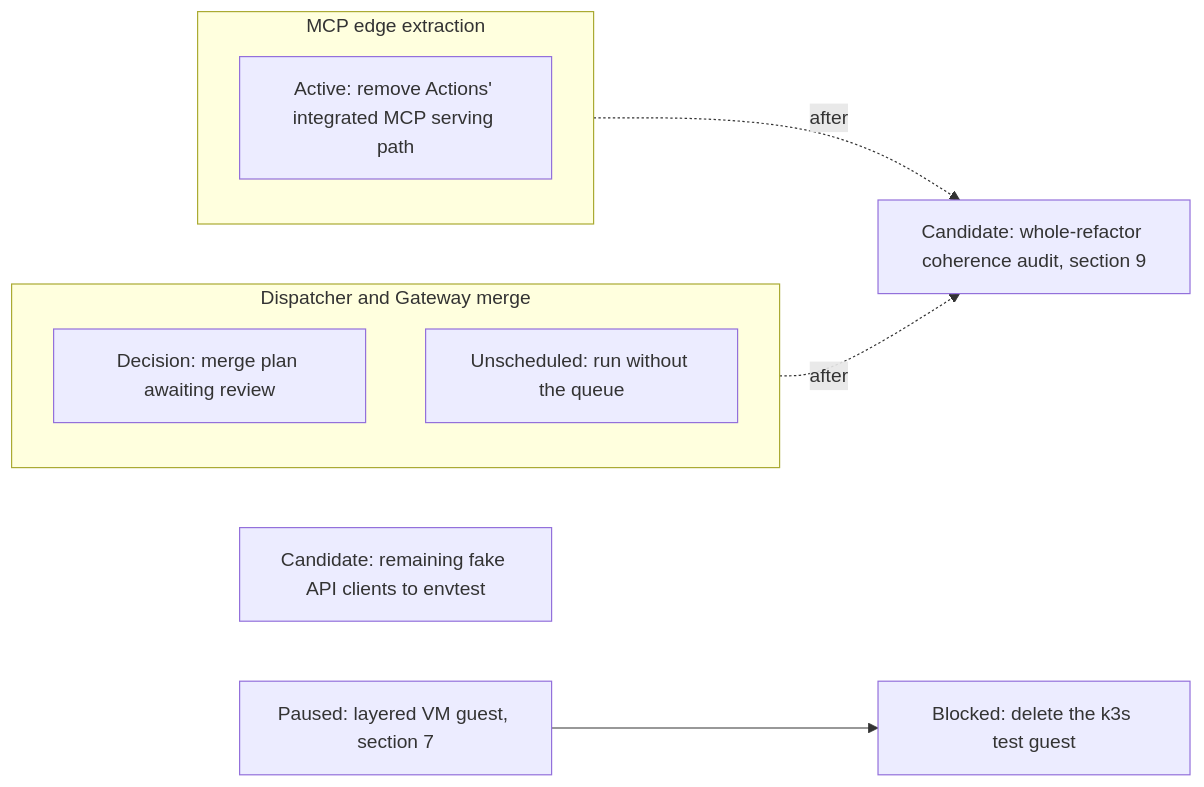
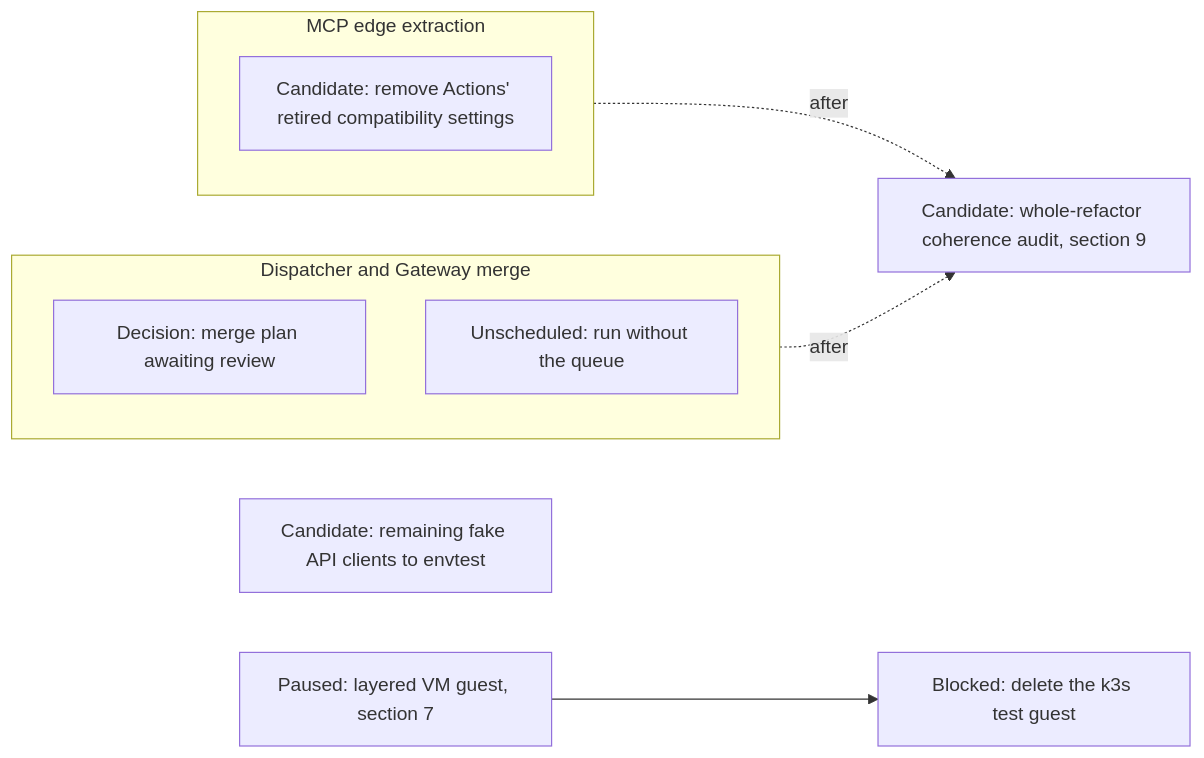
The first of 18 diagrams in agentplane/plans/task_dag.md (agentydragon/ducktape), drawn with Mermaid before and after one commit. The commit also changed other lines of this file and 2 other files, not shown here.

First line of the commit message:
agentplane/plans: fix MCP edge and Dispatcher ownership node status

````diff
--- a/agentplane/plans/task_dag.md
+++ b/agentplane/plans/task_dag.md
@@ -31,14 +31,14 @@
 ```mermaid
 flowchart LR
     subgraph ACTION_TRACK[MCP edge extraction]
-        ACTION_MCP_EDGE_SPLIT[Active: remove Actions' integrated MCP serving path]
+        ACTION_MCP_EDGE_SPLIT[Candidate: remove Actions' retired compatibility settings]
     end
     subgraph DISPATCH_TRACK[Dispatcher and Gateway merge]
         DISPATCHER_PERSISTENCE_MODEL_DESIGN[Decision: merge plan awaiting review]
         DISPATCHER_QUEUE_OPTIONAL[Unscheduled: run without the queue]
     end
     FAKE_CLIENTS_TO_ENVTEST[Candidate: remaining fake API clients to envtest]
     RUNNER_LAYERING_VM[Paused: layered VM guest, section 7] --> K3S_TEST_GUEST_RETIRE[Blocked: delete the k3s test guest]
     ACTION_TRACK -. after .-> REFACTOR_COHERENCE_AUDIT[Candidate: whole-refactor coherence audit, section 9]
     DISPATCH_TRACK -. after .-> REFACTOR_COHERENCE_AUDIT
 ```
````
